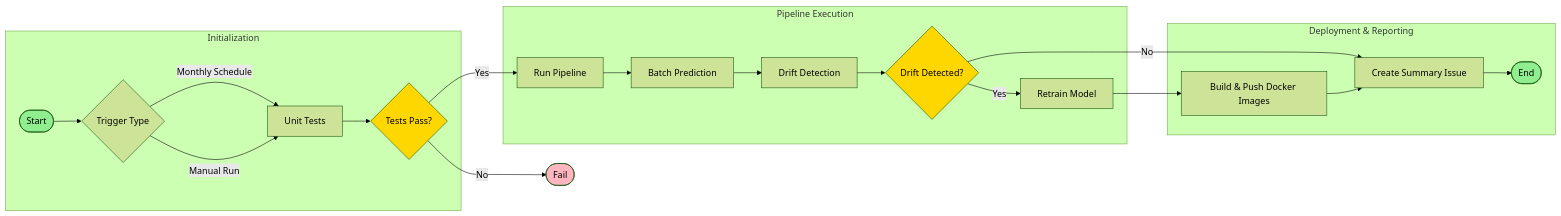
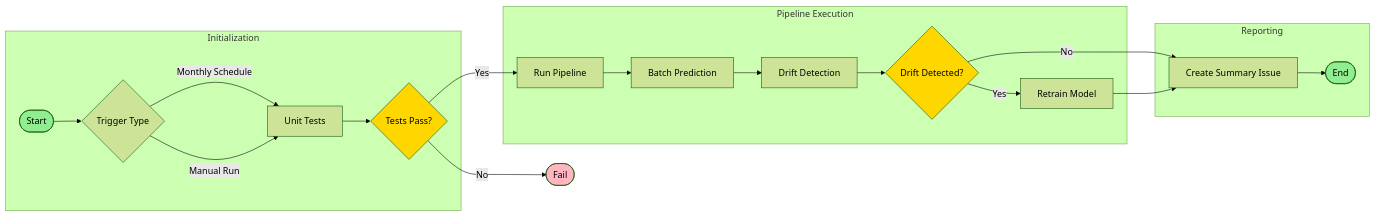
Before and after one commit to richardelchaar/Employee-Attrition-MLOps: the diagram in docs/ci_cd_workflow.md, drawn with Mermaid (forest theme). The commit also changed other lines of this file and 8 other files, not shown here.

````diff
--- a/docs/ci_cd_workflow.md
+++ b/docs/ci_cd_workflow.md
@@ -11,50 +11,46 @@
 ```mermaid
 flowchart LR
     Start([Start]) --> Trigger{Trigger Type}
     Trigger -->|Monthly Schedule| UnitTest[Unit Tests]
     Trigger -->|Manual Run| UnitTest
     
     UnitTest --> TestResult{Tests Pass?}
     TestResult -->|No| Fail([Fail])
     TestResult -->|Yes| Pipeline[Run Pipeline]
     
     Pipeline --> BatchPred[Batch Prediction]
     BatchPred --> DriftCheck[Drift Detection]
     
     DriftCheck --> DriftResult{Drift Detected?}
     DriftResult -->|No| CreateIssue[Create Summary Issue]
     DriftResult -->|Yes| Retrain[Retrain Model]
     
-    Retrain --> DockerBuild[Build & Push Docker Images]
-    DockerBuild --> CreateIssue
-    
+    Retrain --> CreateIssue
     CreateIssue --> End([End])
     
     style Start fill:#90EE90
     style End fill:#90EE90
     style Fail fill:#FFB6C1
     style DriftResult fill:#FFD700
     style TestResult fill:#FFD700
 
-    %% Reorganized subgraphs
     subgraph "Initialization"
         Start
         Trigger
         UnitTest
         TestResult
     end
 
     subgraph "Pipeline Execution"
         Pipeline
         BatchPred
         DriftCheck
         DriftResult
         Retrain
     end
 
-    subgraph "Deployment & Reporting"
-        DockerBuild
+    subgraph "Reporting"
         CreateIssue
         End
     end
 ```
````
